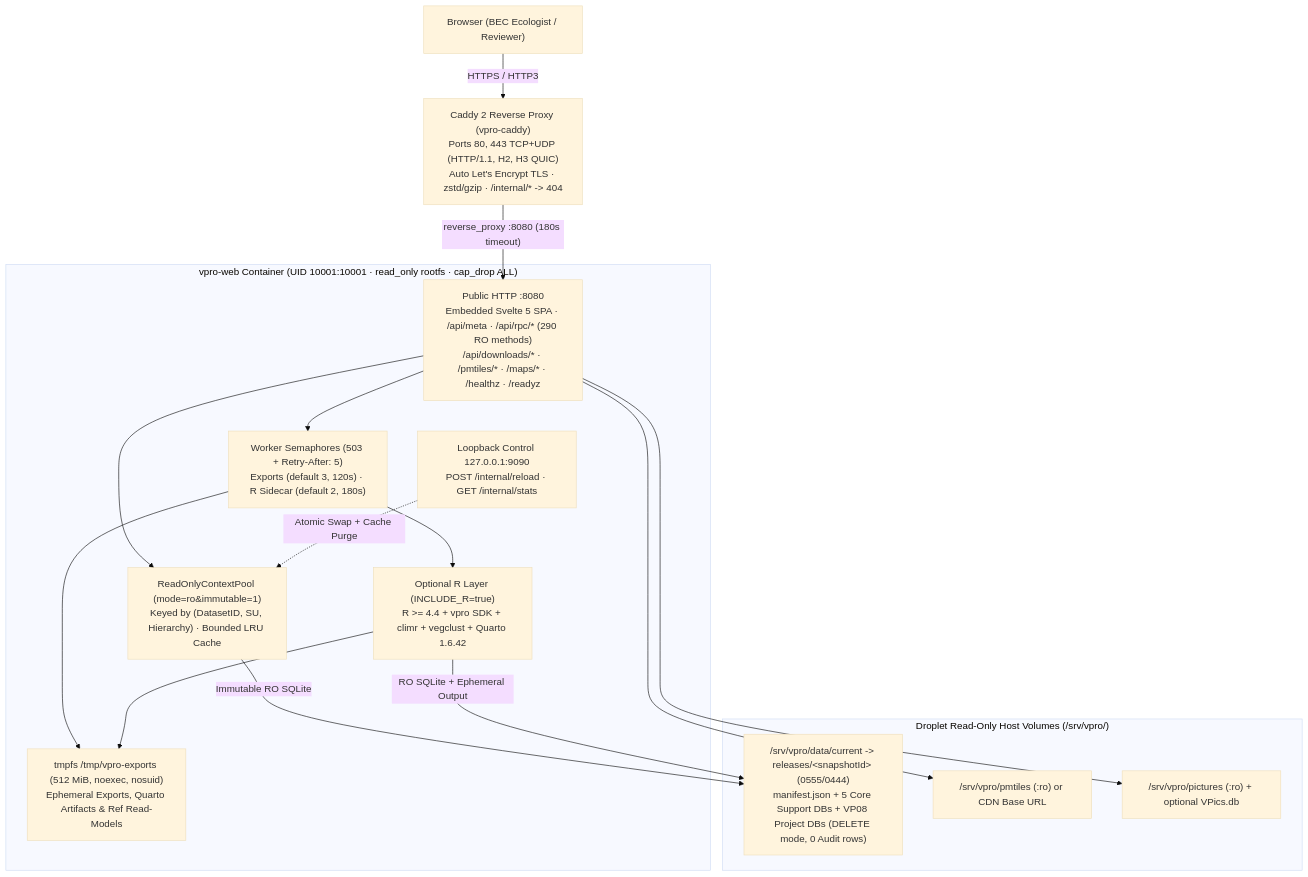
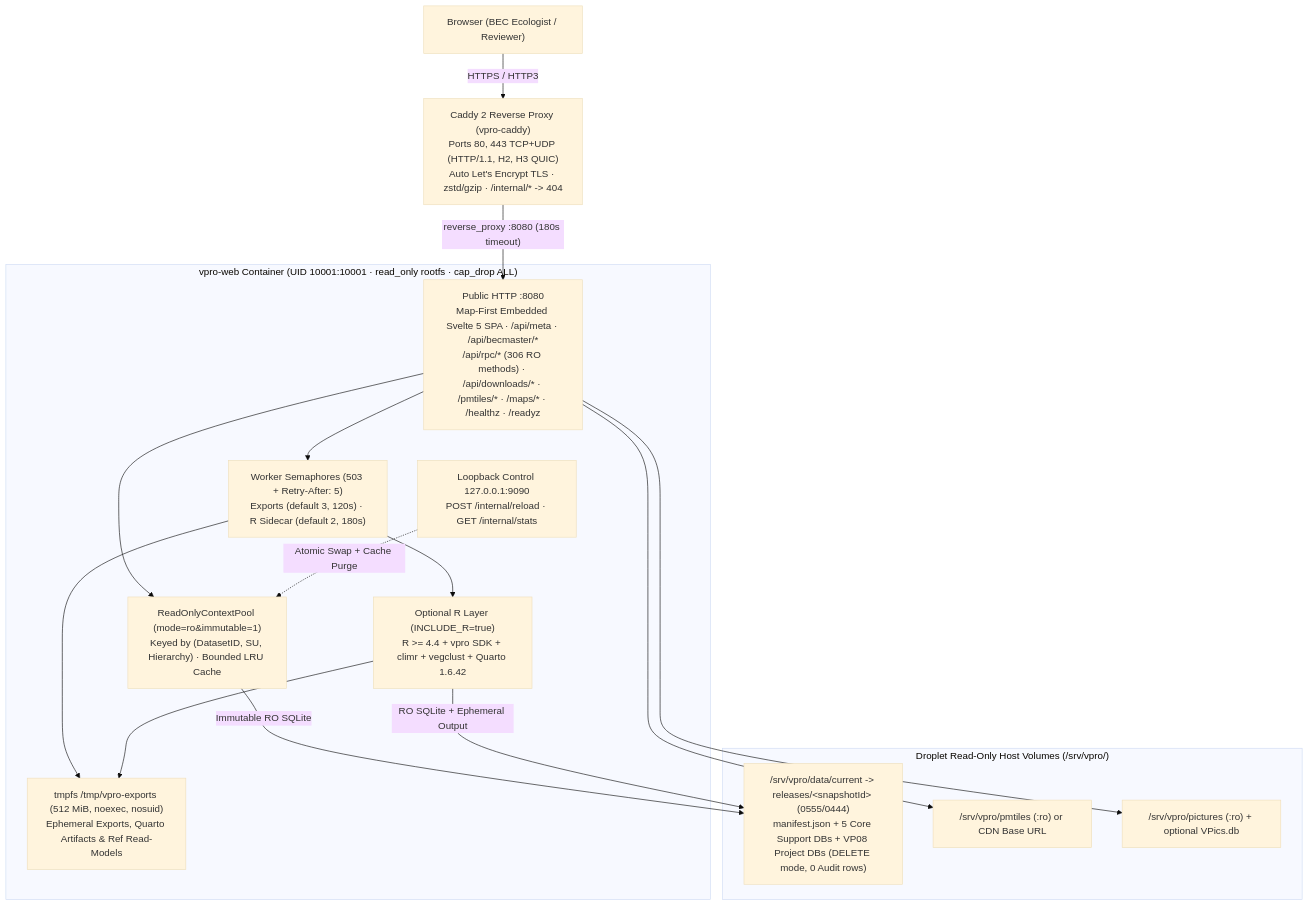
The diagram in okf/05_engineering_and_agents/web_readonly_deployment.md (Boostao/vpro), drawn with Mermaid (base theme) before and after one commit. The commit also changed other lines of this file and 11 other files, not shown here.

````diff
--- a/okf/05_engineering_and_agents/web_readonly_deployment.md
+++ b/okf/05_engineering_and_agents/web_readonly_deployment.md
@@ -11,33 +11,33 @@
 ```mermaid
 flowchart TB
     User["Browser (BEC Ecologist / Reviewer)"]
     Caddy["Caddy 2 Reverse Proxy (vpro-caddy)<br/>Ports 80, 443 TCP+UDP (HTTP/1.1, H2, H3 QUIC)<br/>Auto Let's Encrypt TLS · zstd/gzip · /internal/* -> 404"]
 
     subgraph Web["vpro-web Container (UID 10001:10001 · read_only rootfs · cap_drop ALL)"]
-        HTTP["Public HTTP :8080<br/>Embedded Svelte 5 SPA · /api/meta · /api/rpc/* (290 RO methods)<br/>/api/downloads/* · /pmtiles/* · /maps/* · /healthz · /readyz"]
+        HTTP["Public HTTP :8080<br/>Map-First Embedded Svelte 5 SPA · /api/meta · /api/becmaster/*<br/>/api/rpc/* (306 RO methods) · /api/downloads/* · /pmtiles/* · /maps/* · /healthz · /readyz"]
         INT["Loopback Control 127.0.0.1:9090<br/>POST /internal/reload · GET /internal/stats"]
         POOL["ReadOnlyContextPool (mode=ro&immutable=1)<br/>Keyed by (DatasetID, SU, Hierarchy) · Bounded LRU Cache"]
         SEM["Worker Semaphores (503 + Retry-After: 5)<br/>Exports (default 3, 120s) · R Sidecar (default 2, 180s)"]
         RSIDE["Optional R Layer (INCLUDE_R=true)<br/>R >= 4.4 + vpro SDK + climr + vegclust + Quarto 1.6.42"]
         TMP["tmpfs /tmp/vpro-exports (512 MiB, noexec, nosuid)<br/>Ephemeral Exports, Quarto Artifacts & Ref Read-Models"]
     end
 
     subgraph HostRO["Droplet Read-Only Host Volumes (/srv/vpro/)"]
         SNAP["/srv/vpro/data/current -> releases/&lt;snapshotId&gt; (0555/0444)<br/>manifest.json + 5 Core Support DBs + VP08 Project DBs (DELETE mode, 0 Audit rows)"]
         TILES["/srv/vpro/pmtiles (:ro) or CDN Base URL"]
         PICS["/srv/vpro/pictures (:ro) + optional VPics.db"]
     end
 
     User -->|"HTTPS / HTTP3"| Caddy
     Caddy -->|"reverse_proxy :8080 (180s timeout)"| HTTP
     HTTP --> POOL
     HTTP --> SEM
     SEM --> RSIDE
     SEM --> TMP
     POOL -->|"Immutable RO SQLite"| SNAP
     RSIDE -->|"RO SQLite + Ephemeral Output"| SNAP
     RSIDE --> TMP
     HTTP --> TILES
     HTTP --> PICS
     INT -.->|"Atomic Swap + Cache Purge"| POOL
 ```
````
